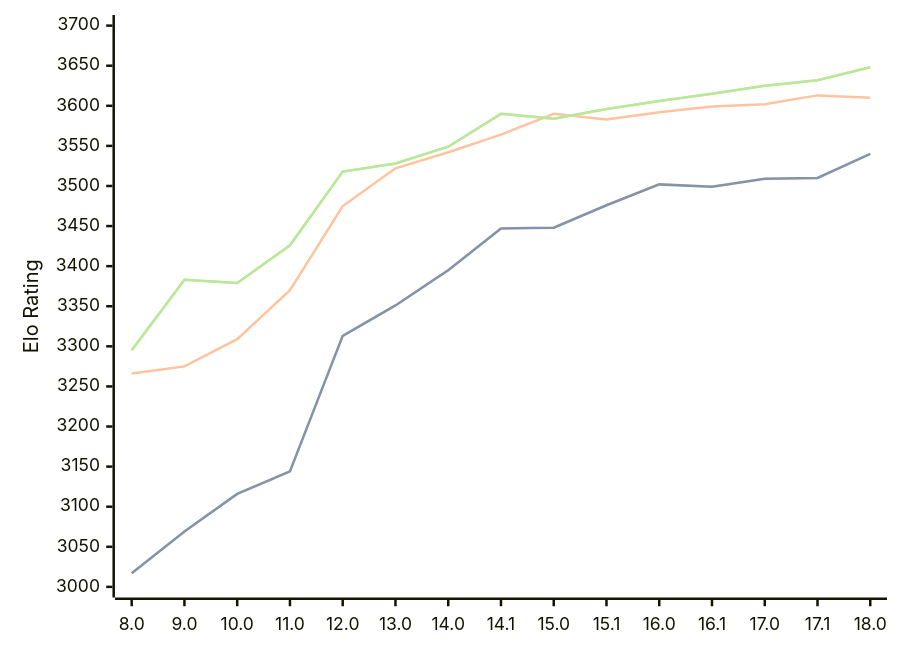
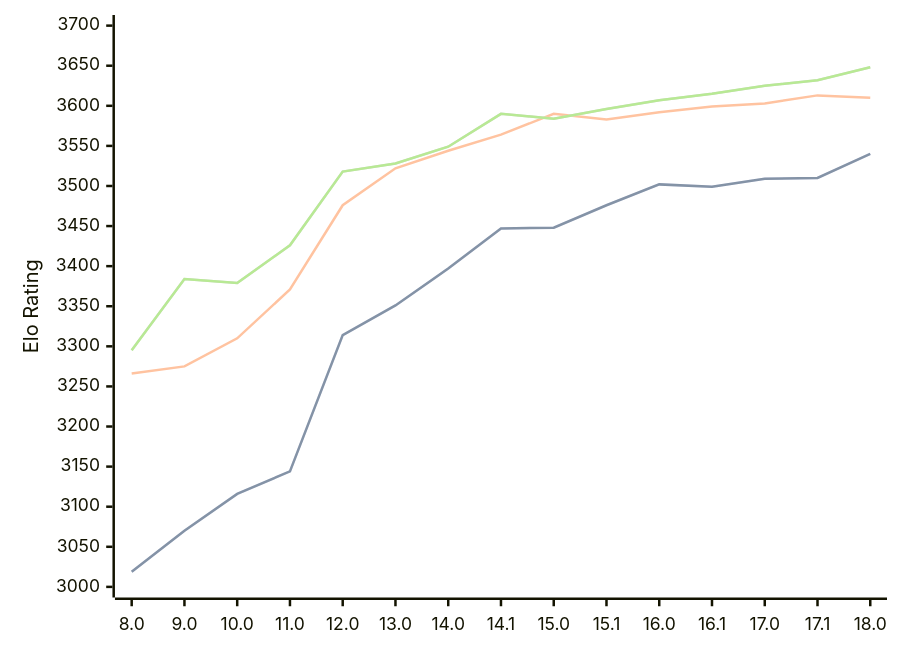
Before and after one commit to computer-chess-index/cci: the diagram in engines/Stockfish.md, drawn with Mermaid. The commit also changed other lines of this file, not shown here.

Commit message:
Update CCI Ratings (ELO VLTC) - 2026-04-12

````diff
--- a/engines/Stockfish.md
+++ b/engines/Stockfish.md
@@ -46,11 +46,11 @@
 ```mermaid
 %%{init: {"theme":"base","themeVariables":{"seriesColors:['#a3a3a3','#222221','#faa371']}}}%%
 xychart-beta
   x-axis ["8.0", "9.0", "10.0", "11.0", "12.0", "13.0", "14.0", "14.1", "15.0", "15.1", "16.0", "16.1", "17.0", "17.1", "18.0"]
   y-axis "Elo Rating" 3000 --> 3700
-  line "STC (8.0+0.08s)" [3017, 3069, 3116, 3144, 3313, 3351, 3395, 3447, 3448, 3476, 3502, 3499, 3509, 3510, 3540]
-  line "STC (8.0+0.08s)" [3017, 3069, 3116, 3144, 3313, 3351, 3395, 3447, 3448, 3476, 3502, 3499, 3509, 3510, 3540]
-  line "LTC (60.0+0.60s)" [3266, 3275, 3309, 3370, 3475, 3522, 3542, 3564, 3590, 3583, 3592, 3599, 3602, 3613, 3610]
-  line "VLTC (2m24s+1.12s)" [3295, 3383, 3379, 3426, 3518, 3528, 3549, 3590, 3584, 3596, 3606, 3615, 3625, 3632, 3648]
-  line "VLTC (2m24s+1.12s)" [3295, 3383, 3379, 3426, 3518, 3528, 3549, 3590, 3584, 3596, 3606, 3615, 3625, 3632, 3648]
+  line "STC (8.0+0.08s)" [3019, 3070, 3116, 3144, 3314, 3351, 3397, 3447, 3448, 3476, 3502, 3499, 3509, 3510, 3540]
+  line "STC (8.0+0.08s)" [3019, 3070, 3116, 3144, 3314, 3351, 3397, 3447, 3448, 3476, 3502, 3499, 3509, 3510, 3540]
+  line "LTC (60.0+0.60s)" [3266, 3275, 3310, 3371, 3476, 3522, 3544, 3564, 3590, 3583, 3592, 3599, 3603, 3613, 3610]
+  line "VLTC (2m24s+1.12s)" [3295, 3384, 3379, 3426, 3518, 3528, 3549, 3590, 3584, 3596, 3607, 3615, 3625, 3632, 3648]
+  line "VLTC (2m24s+1.12s)" [3295, 3384, 3379, 3426, 3518, 3528, 3549, 3590, 3584, 3596, 3607, 3615, 3625, 3632, 3648]
 ```
````
